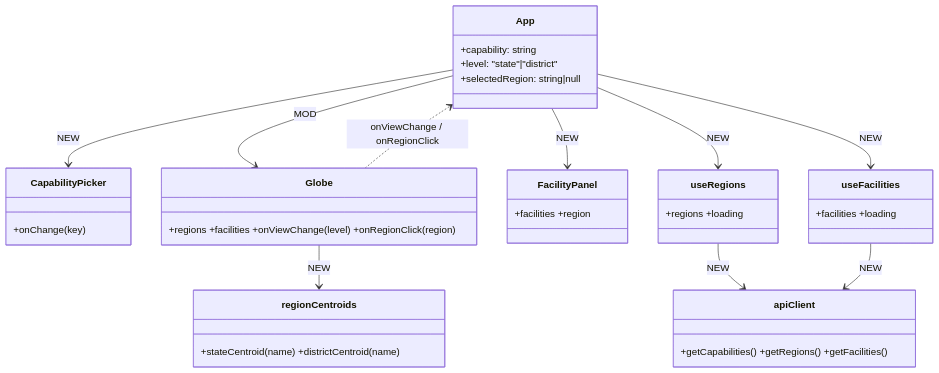
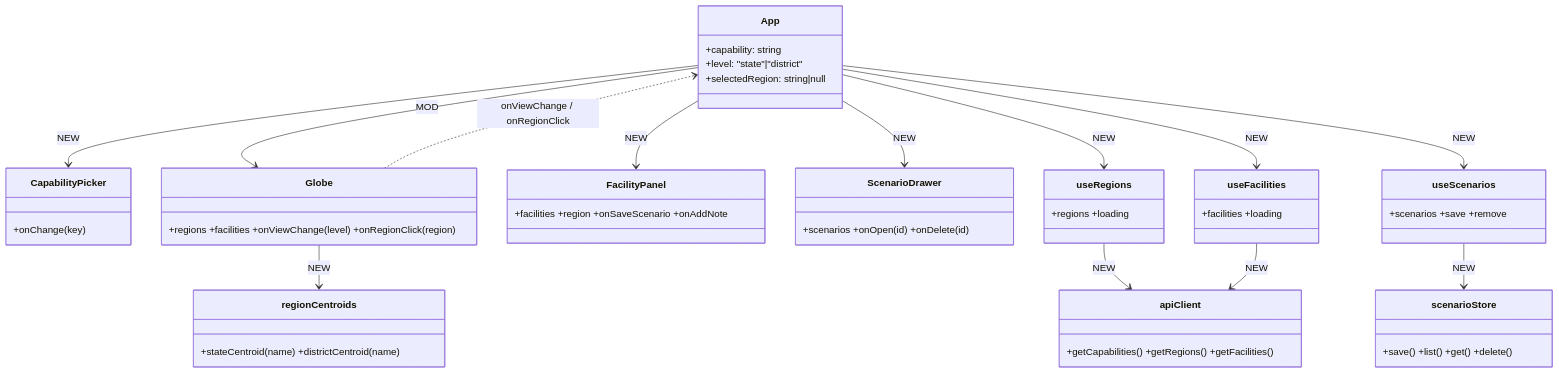
The first of 2 diagrams in docs/superpowers/specs/2026-07-19-india-healthcare-globe-design.md (kahuysen/Hack-nation-For-India), drawn with Mermaid before and after one commit. The commit also changed other lines of this file, not shown here.

First line of the commit message:
Integrate persistence (scenarios + notes) into globe design spec

````diff
--- a/docs/superpowers/specs/2026-07-19-india-healthcare-globe-design.md
+++ b/docs/superpowers/specs/2026-07-19-india-healthcare-globe-design.md
@@ -104,25 +115,31 @@
 ```mermaid
 classDiagram
     class App {
         +capability: string
         +level: "state"|"district"
         +selectedRegion: string|null
     }
     class CapabilityPicker { +onChange(key) }
     class Globe { +regions +facilities +onViewChange(level) +onRegionClick(region) }
-    class FacilityPanel { +facilities +region }
+    class FacilityPanel { +facilities +region +onSaveScenario +onAddNote }
+    class ScenarioDrawer { +scenarios +onOpen(id) +onDelete(id) }
     class useRegions { +regions +loading }
     class useFacilities { +facilities +loading }
+    class useScenarios { +scenarios +save +remove }
     class apiClient { +getCapabilities() +getRegions() +getFacilities() }
+    class scenarioStore { +save() +list() +get() +delete() }
     class regionCentroids { +stateCentroid(name) +districtCentroid(name) }
 
     App --> CapabilityPicker : NEW
     App --> Globe : MOD
     App --> FacilityPanel : NEW
+    App --> ScenarioDrawer : NEW
     App --> useRegions : NEW
     App --> useFacilities : NEW
+    App --> useScenarios : NEW
     useRegions --> apiClient : NEW
     useFacilities --> apiClient : NEW
+    useScenarios --> scenarioStore : NEW
     Globe --> regionCentroids : NEW
     Globe ..> App : onViewChange / onRegionClick
 ```
````
